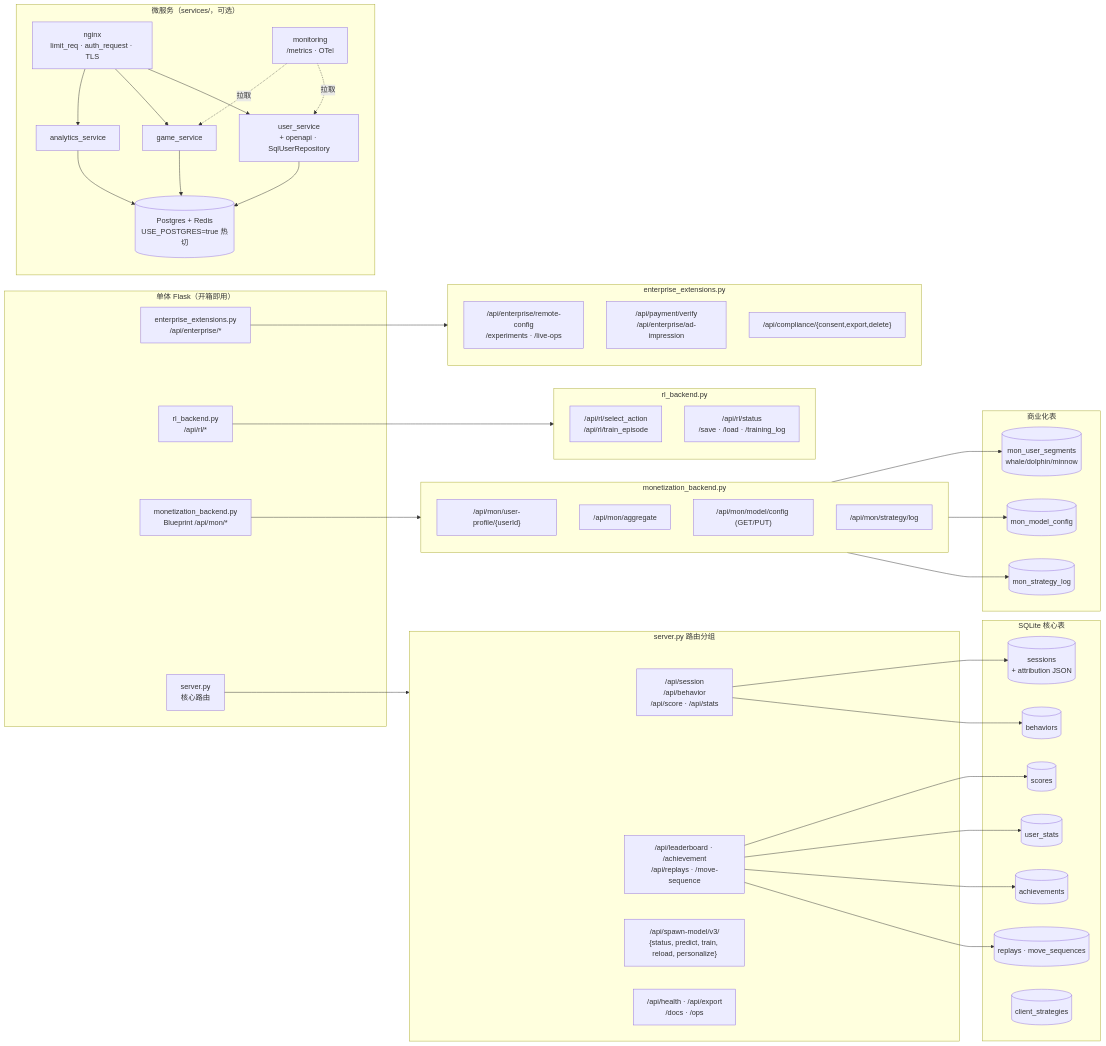
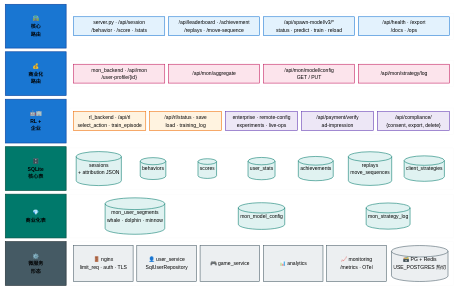
Before and after one commit to btbujiangjun/openblock: the eighth of 11 diagrams in docs/architecture/SYSTEM_ARCHITECTURE_DIAGRAMS.md, drawn with Mermaid. The commit also changed other lines of this file and 21 other files, not shown here.

First line of the commit message:
feat(docs,portal): 文档门户全栈升级 — 三视图架构图 + 全部紧凑化重写 + 渲染工具链

````diff
--- a/docs/architecture/SYSTEM_ARCHITECTURE_DIAGRAMS.md
+++ b/docs/architecture/SYSTEM_ARCHITECTURE_DIAGRAMS.md
@@ -325,83 +652,72 @@
 ```mermaid
-flowchart LR
-  subgraph monolith["单体 Flask（开箱即用）"]
-    server["server.py<br/>核心路由"]
-    monBackend["monetization_backend.py<br/>Blueprint /api/mon/*"]
-    rlBackend["rl_backend.py<br/>/api/rl/*"]
-    enterprise["enterprise_extensions.py<br/>/api/enterprise/*"]
+---
+config:
+  theme: base
+  themeVariables:
+    primaryColor: "#f8fafc"
+    primaryBorderColor: "#94a3b8"
+    primaryTextColor: "#0f172a"
+    fontSize: "11px"
+---
+block-beta
+  columns 7
+
+  R1T["🛣️<br/>核心<br/>路由"]:1
+  block:R1:6
+    columns 4
+    rs1["server.py · /api/session<br/>/behavior · /score · /stats"] rs2["/api/leaderboard · /achievement<br/>/replays · /move-sequence"] rs3["/api/spawn-model/v3/*<br/>status · predict · train · reload"] rs4["/api/health · /export<br/>/docs · /ops"]
   end
 
-  subgraph routesCore["server.py 路由分组"]
-    sessionR["/api/session<br/>/api/behavior<br/>/api/score · /api/stats"]
-    contentR["/api/leaderboard · /achievement<br/>/api/replays · /move-sequence"]
-    spawnR["/api/spawn-model/v3/<br/>{status, predict, train, reload, personalize}"]
-    sysR["/api/health · /api/export<br/>/docs · /ops"]
+  R2T["💰<br/>商业化<br/>路由"]:1
+  block:R2:6
+    columns 4
+    rm1["mon_backend · /api/mon<br/>/user-profile/{id}"] rm2["/api/mon/aggregate"] rm3["/api/mon/model/config<br/>GET / PUT"] rm4["/api/mon/strategy/log"]
   end
 
-  subgraph routesMon["monetization_backend.py"]
-    monProfile["/api/mon/user-profile/{userId}"]
-    monAgg["/api/mon/aggregate"]
-    monModel["/api/mon/model/config (GET/PUT)"]
-    monLog["/api/mon/strategy/log"]
+  R3T["🤖🏢<br/>RL +<br/>企业"]:1
+  block:R3:6
+    columns 5
+    rr1["rl_backend · /api/rl<br/>select_action · train_episode"] rr2["/api/rl/status · save<br/>load · training_log"] re1["enterprise · remote-config<br/>experiments · live-ops"] re2["/api/payment/verify<br/>ad-impression"] re3["/api/compliance/<br/>{consent, export, delete}"]
   end
 
-  subgraph routesRl["rl_backend.py"]
-    rlAct["/api/rl/select_action<br/>/api/rl/train_episode"]
-    rlState["/api/rl/status<br/>/save · /load · /training_log"]
+  D1T["🗄️<br/>SQLite<br/>核心表"]:1
+  block:D1:6
+    columns 7
+    t1[("sessions<br/>+ attribution JSON")] t2[("behaviors")] t3[("scores")] t4[("user_stats")] t5[("achievements")] t6[("replays<br/>move_sequences")] t7[("client_strategies")]
   end
 
-  subgraph routesEnt["enterprise_extensions.py"]
-    entCfg["/api/enterprise/remote-config<br/>/experiments · /live-ops"]
-    entPay["/api/payment/verify<br/>/api/enterprise/ad-impression"]
-    entComp["/api/compliance/{consent,export,delete}"]
+  D2T["💎<br/>商业化表"]:1
+  block:D2:6
+    columns 3
+    tm1[("mon_user_segments<br/>whale · dolphin · minnow")] tm2[("mon_model_config")] tm3[("mon_strategy_log")]
   end
 
-  subgraph dbCore["SQLite 核心表"]
-    tSessions[("sessions<br/>+ attribution JSON")]
-    tBehaviors[("behaviors")]
-    tScores[("scores")]
-    tStats[("user_stats")]
-    tAch[("achievements")]
-    tReplays[("replays · move_sequences")]
-    tClient[("client_strategies")]
+  MST["⚙️<br/>微服务<br/>形态"]:1
+  block:MS:6
+    columns 6
+    nginx["🚪 nginx<br/>limit_req · auth · TLS"] userSvc["👤 user_service<br/>SqlUserRepository"] gameSvc["🎮 game_service"] analyticsSvc["📊 analytics"] monSvc["📈 monitoring<br/>/metrics · OTel"] pgRedis[("🗃️ PG + Redis<br/>USE_POSTGRES 热切")]
   end
 
-  subgraph dbMon["商业化表"]
-    tSeg[("mon_user_segments<br/>whale/dolphin/minnow")]
-    tCfg[("mon_model_config")]
-    tLog[("mon_strategy_log")]
-  end
+  classDef titleR  fill:#1976d2,stroke:#0d47a1,color:#fff,stroke-width:1.4px,font-weight:bold
+  classDef titleD  fill:#00796b,stroke:#004d40,color:#fff,stroke-width:1.4px,font-weight:bold
+  classDef titleMS fill:#455a64,stroke:#263238,color:#fff,stroke-width:1.4px,font-weight:bold
 
-  subgraph microservices["微服务（services/，可选）"]
-    nginx["nginx<br/>limit_req · auth_request · TLS"]
-    userSvc["user_service<br/>+ openapi · SqlUserRepository"]
-    gameSvc["game_service"]
-    analyticsSvc["analytics_service"]
-    monSvc["monitoring<br/>/metrics · OTel"]
-    pgRedis[("Postgres + Redis<br/>USE_POSTGRES=true 热切")]
-  end
+  classDef rNode    fill:#e3f2fd,stroke:#1976d2,color:#0d47a1,stroke-width:1.2px
+  classDef monRoute fill:#fce4ec,stroke:#c2185b,color:#880e4f,stroke-width:1.2px
+  classDef rlRoute  fill:#fff3e0,stroke:#ef6c00,color:#e65100,stroke-width:1.2px
+  classDef entRoute fill:#ede7f6,stroke:#5e35b1,color:#311b92,stroke-width:1.2px
+  classDef dNode    fill:#e0f2f1,stroke:#00796b,color:#004d40,stroke-width:1.2px
+  classDef msNode   fill:#eceff1,stroke:#455a64,color:#263238,stroke-width:1.2px
 
-  server --> routesCore
-  monBackend --> routesMon
-  rlBackend --> routesRl
-  enterprise --> routesEnt
+  class R1T,R2T,R3T titleR
+  class D1T,D2T titleD
+  class MST titleMS
 
-  sessionR --> tSessions
-  sessionR --> tBehaviors
-  contentR --> tScores
-  contentR --> tStats
-  contentR --> tAch
-  contentR --> tReplays
-  routesMon --> tSeg
-  routesMon --> tCfg
-  routesMon --> tLog
-
-  nginx --> userSvc
-  nginx --> gameSvc
-  nginx --> analyticsSvc
-  userSvc --> pgRedis
-  gameSvc --> pgRedis
-  analyticsSvc --> pgRedis
-  monSvc -.->|拉取| userSvc
-  monSvc -.->|拉取| gameSvc
+  class rs1,rs2,rs3,rs4 rNode
+  class rm1,rm2,rm3,rm4 monRoute
+  class rr1,rr2 rlRoute
+  class re1,re2,re3 entRoute
+  class t1,t2,t3,t4,t5,t6,t7 dNode
+  class tm1,tm2,tm3 dNode
+  class nginx,userSvc,gameSvc,analyticsSvc,monSvc,pgRedis msNode
 ```
````
